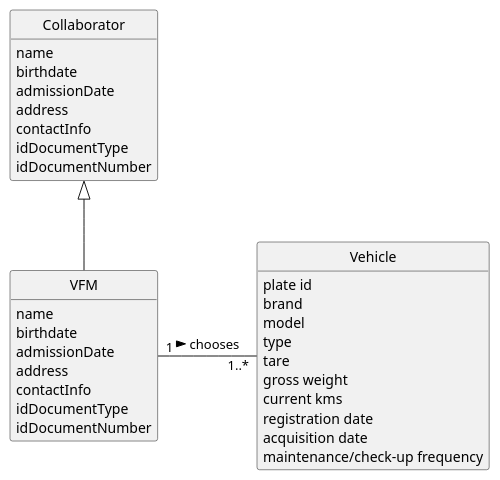
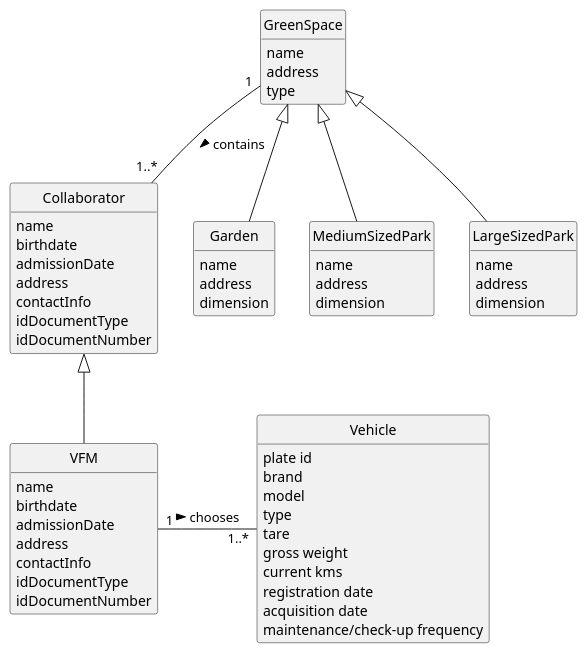
Before and after one commit to diogoveirospro/lei-24-s2-1dg-g072: the diagram in docs/sprintA/us007/02.analysis/puml/us007-domain-model.puml, drawn with PlantUML. The commit also changed 3 other files, not shown here.

```diff
--- a/docs/sprintA/us007/02.analysis/puml/us007-domain-model.puml
+++ b/docs/sprintA/us007/02.analysis/puml/us007-domain-model.puml
@@ -1,47 +1,75 @@
 @startuml
 skinparam monochrome true
 skinparam packageStyle rectangle
 skinparam shadowing false
 
 'left to right direction
 
 skinparam classAttributeIconSize 0
 hide circles
 hide methods
 
 class Collaborator {
     name
     birthdate
     admissionDate
     address
     contactInfo
     idDocumentType
     idDocumentNumber
 }
 
 class VFM{
     name
     birthdate
     admissionDate
     address
     contactInfo
     idDocumentType
     idDocumentNumber
 }
 
 class Vehicle{
     plate id
     brand
     model
     type
     tare
     gross weight
     current kms
     registration date
     acquisition date
     maintenance/check-up frequency
 }
 
+class GreenSpace {
+    name
+    address
+    type
+}
+
+class Garden {
+    name
+    address
+    dimension
+}
+
+class MediumSizedPark {
+    name
+    address
+    dimension
+}
+
+class LargeSizedPark {
+    name
+    address
+    dimension
+}
+
 Collaborator <|-- VFM
 VFM "1"-"   1..*" Vehicle: chooses >
+GreenSpace "1" -- "1..*" Collaborator: contains >
+GreenSpace <|-- Garden
+GreenSpace <|-- MediumSizedPark
+GreenSpace <|-- LargeSizedPark
 @enduml
```
